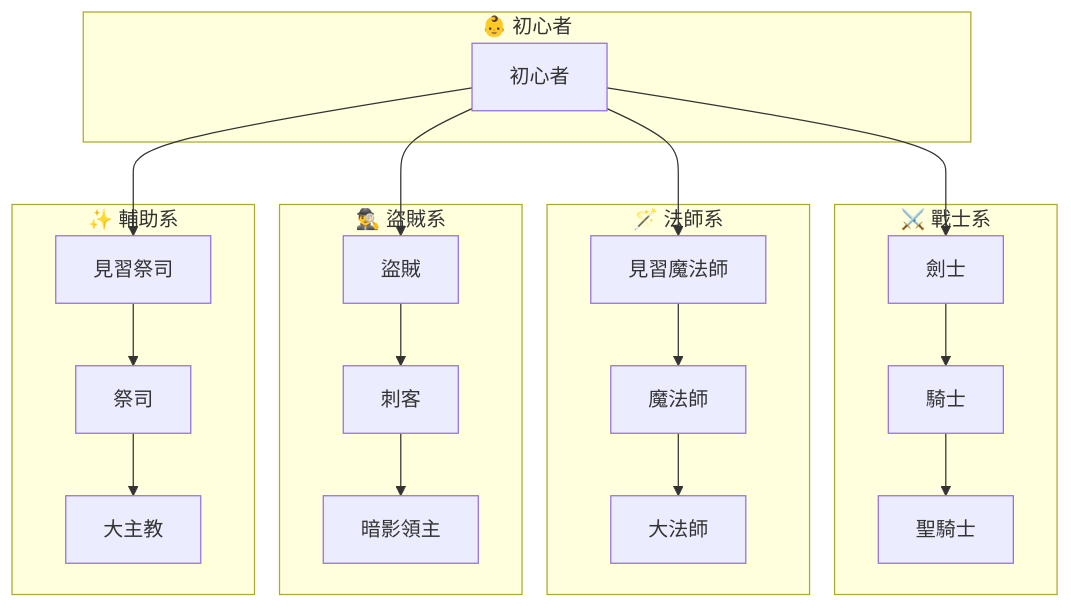
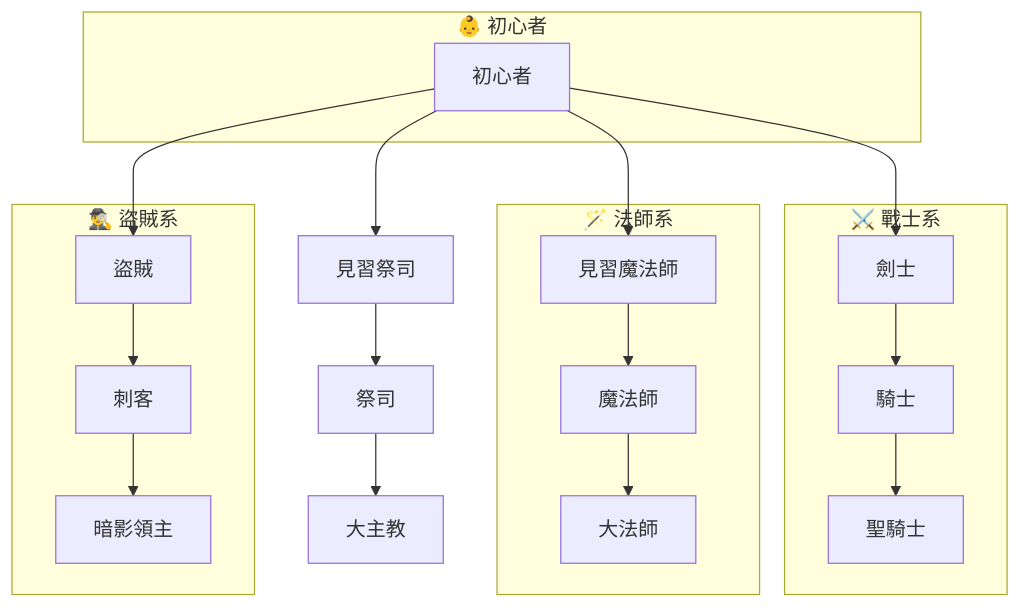
Before and after one commit to kuku0508/kuku_note_ver_2: the diagram in 知識/程式語言/Mermaid/語法/流程圖/子流程區域.md, drawn with Mermaid. The commit also changed 1 other file, not shown here.

Commit message:
vault backup: 2025-04-26 00:22:13

````diff
--- a/知識/程式語言/Mermaid/語法/流程圖/子流程區域.md
+++ b/知識/程式語言/Mermaid/語法/流程圖/子流程區域.md
@@ -3,55 +3,48 @@
 ```mermaid
 
 flowchart TD
 
 %% 跨子圖連結（初心者可轉四系）
 初心者 --> 劍士
 初心者 --> 見習魔法師
 初心者 --> 盜賊
 初心者 --> 見習祭司
 
 %% 中階轉高階
 劍士 --> 騎士
 見習魔法師 --> 魔法師
 盜賊 --> 刺客
 見習祭司 --> 祭司
 
 騎士 --> 聖騎士
 魔法師 --> 大法師
 刺客 --> 暗影領主
 祭司 --> 大主教
 
 %% 初心者子圖
 subgraph beginner [👶 初心者]
     初心者["初心者"]
 end
 
 %% 戰士系子圖
 subgraph warrior [⚔️ 戰士系]
     劍士["劍士"]
     騎士["騎士"]
     聖騎士["聖騎士"]
 end
 
 %% 法師系子圖
 subgraph mage [🪄 法師系]
     見習魔法師["見習魔法師"]
     魔法師["魔法師"]
     大法師["大法師"]
 end
 
 %% 盜賊系子圖
 subgraph rogue [🕵️‍♂️ 盜賊系]
     盜賊["盜賊"]
     刺客["刺客"]
     暗影領主["暗影領主"]
 end
 
-%% 輔助系子圖
-subgraph support [✨ 輔助系]
-    見習祭司["見習祭司"]
-    祭司["祭司"]
-    大主教["大主教"]
-end
-
 ```
````
